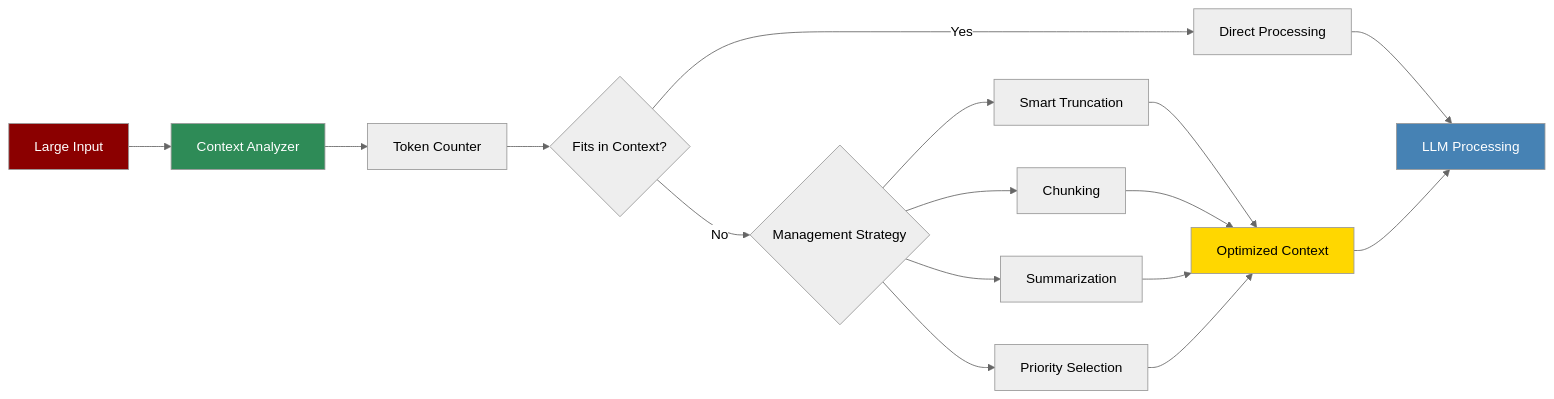
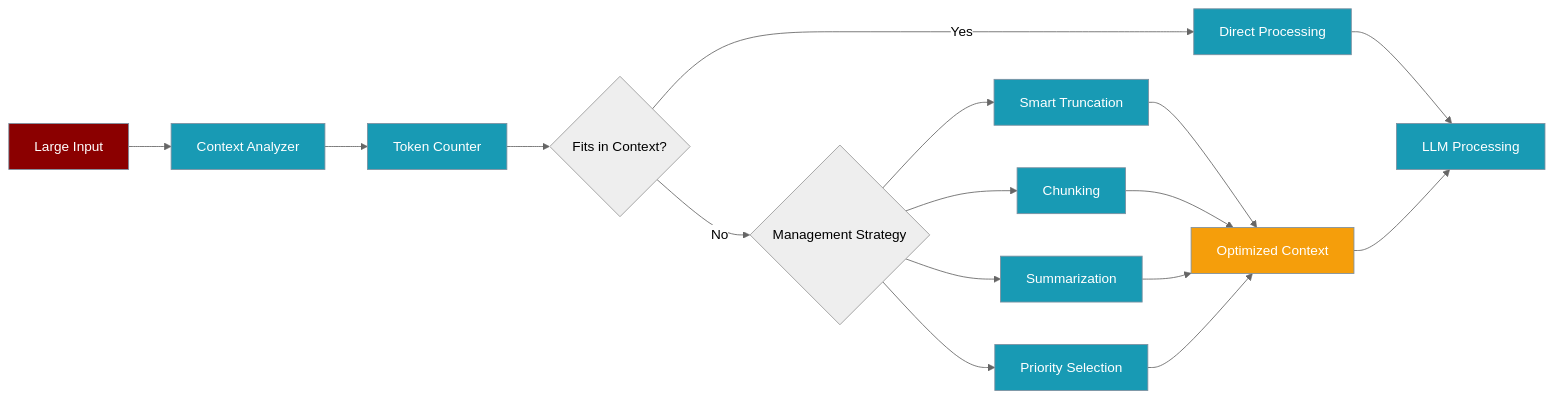
One commit to MervinPraison/PraisonAIDocs changed the diagram in docs/features/context-window-management.mdx. Above: the diagram before and after it, drawn with Mermaid (neutral theme). The commit also changed other lines of this file and 19 other files, not shown here.

````diff
--- a/docs/features/context-window-management.mdx
+++ b/docs/features/context-window-management.mdx
@@ -8,28 +17,30 @@
 ```mermaid
 flowchart LR
     Input[Large Input] --> Analyzer[Context Analyzer]
     Analyzer --> Counter[Token Counter]
     Counter --> Decision{Fits in Context?}
     
     Decision -->|Yes| Direct[Direct Processing]
     Decision -->|No| Strategy{Management Strategy}
     
     Strategy --> Truncate[Smart Truncation]
     Strategy --> Chunk[Chunking]
     Strategy --> Summarize[Summarization]
     Strategy --> Priority[Priority Selection]
     
     Truncate --> Optimized[Optimized Context]
     Chunk --> Optimized
     Summarize --> Optimized
     Priority --> Optimized
     
     Direct --> LLM[LLM Processing]
     Optimized --> LLM
 
-    style Input fill:#8B0000,color:#fff
-    style Analyzer fill:#2E8B57,color:#fff
-    style LLM fill:#4682B4,color:#fff
-    style Optimized fill:#FFD700,color:#000
+    classDef agent fill:#8B0000,stroke:#7C90A0,color:#fff
+    classDef tool fill:#189AB4,stroke:#7C90A0,color:#fff
+    classDef highlight fill:#F59E0B,stroke:#7C90A0,color:#fff
+    class Input agent
+    class Analyzer,Counter,Truncate,Chunk,Summarize,Priority,Direct,LLM tool
+    class Optimized highlight
 
 ```
````
